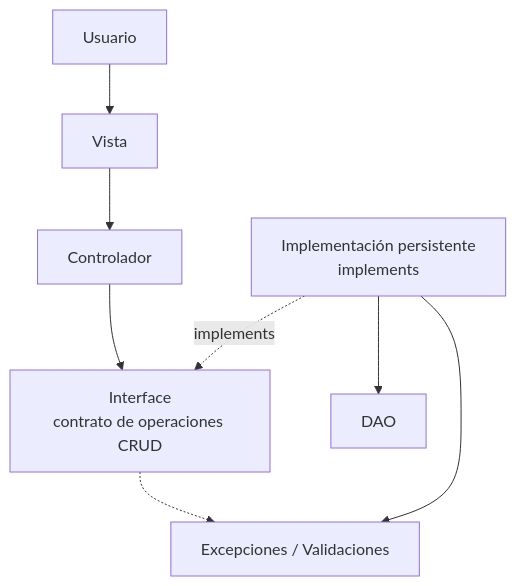
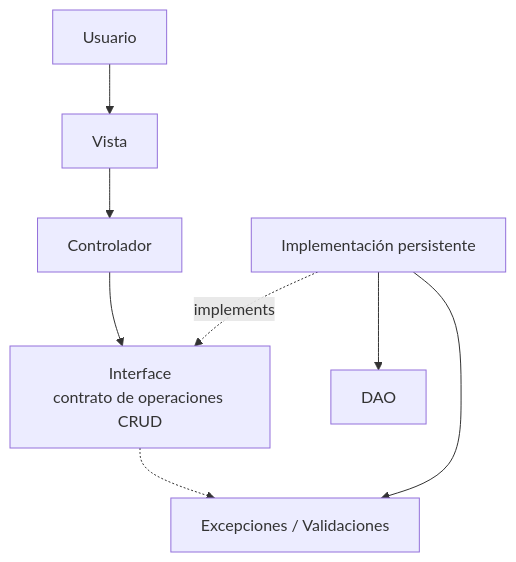
Before and after one commit to 262poo/comarket: the diagram in docs/S11_Validacion_Integracion_Pruebas.md, drawn with Mermaid. The commit also changed 9 other files, not shown here.

````diff
--- a/docs/S11_Validacion_Integracion_Pruebas.md
+++ b/docs/S11_Validacion_Integracion_Pruebas.md
@@ -50,18 +50,18 @@
 ```mermaid
 flowchart TB
     Usuario["Usuario"]
     Vista["Vista"]
     Controlador["Controlador"]
     Contrato["Interface<br/>contrato de operaciones CRUD"]
-    Servicio["Implementación persistente<br/>implements"]
+    Servicio["Implementación persistente"]
     Validaciones["Excepciones / Validaciones"]
     DAO["DAO"]
 
     Usuario --> Vista
     Vista --> Controlador
     Controlador --> Contrato
     Servicio -. implements .-> Contrato
     Contrato -.-> Validaciones
     Servicio --> Validaciones
     Servicio --> DAO
 ```
````
